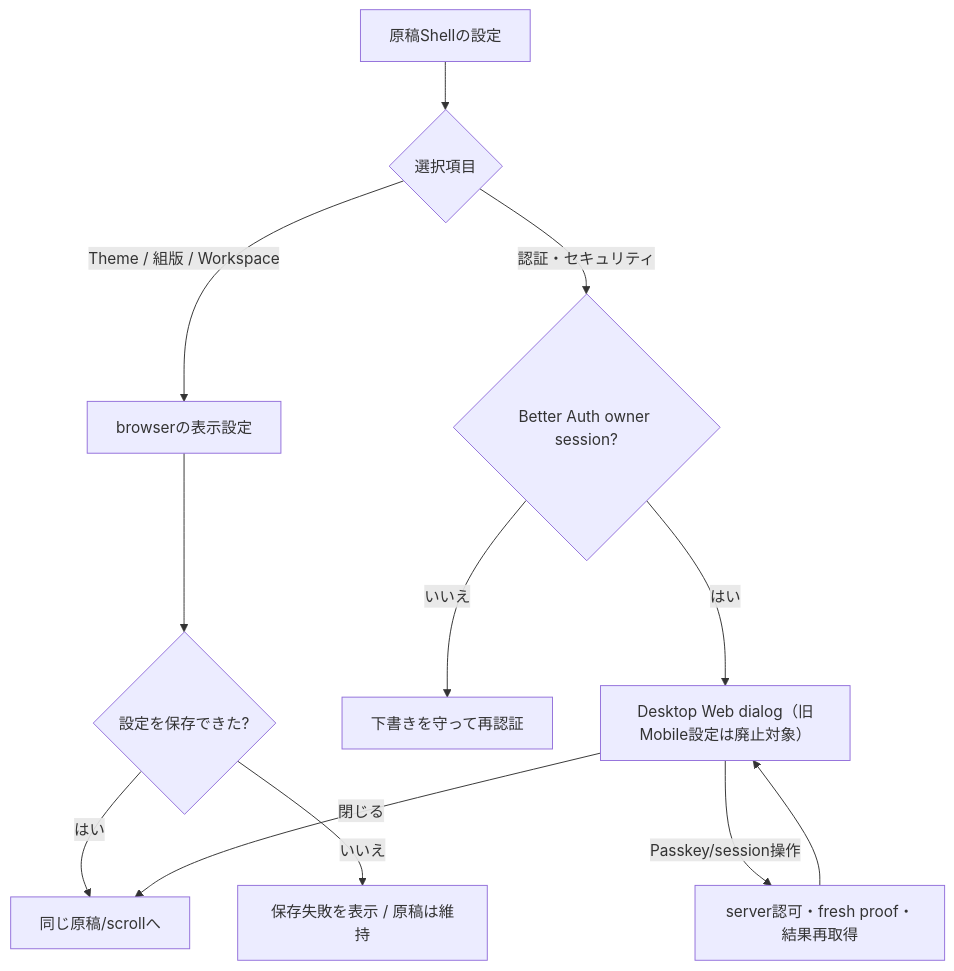
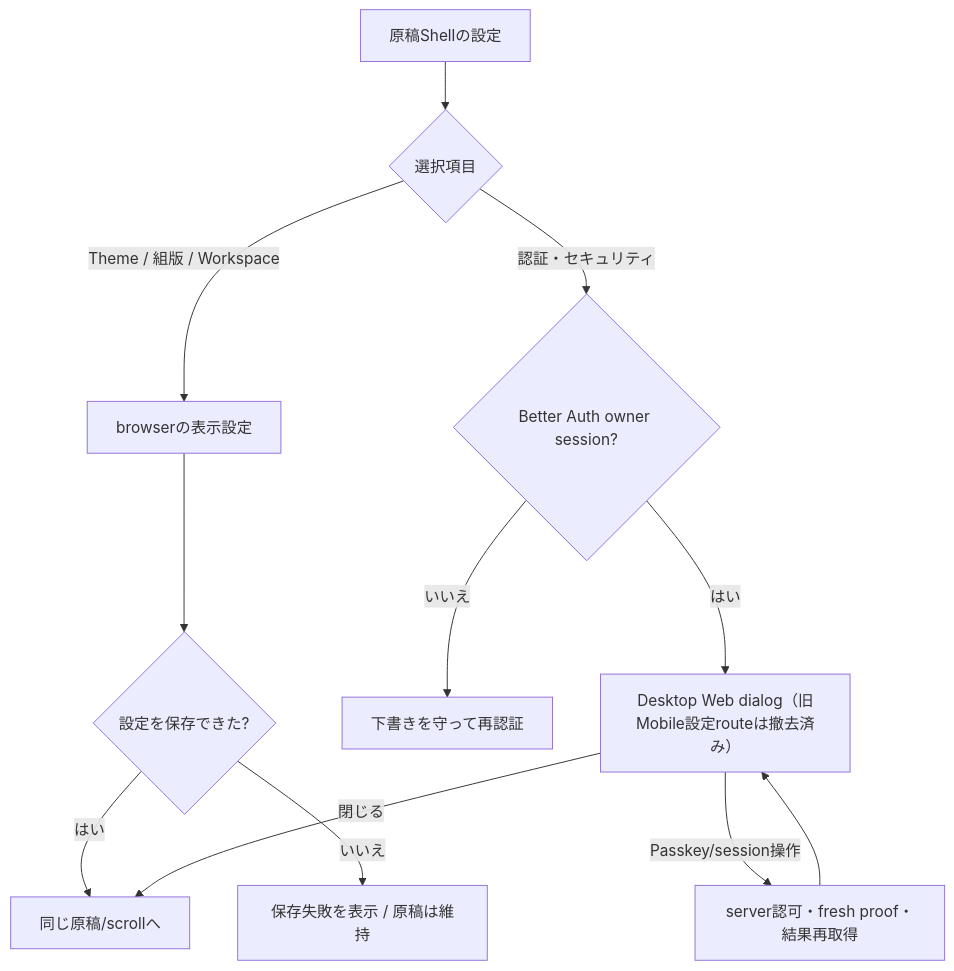
Before and after one commit to yohn-jp/codexia: diagram 16 of 27 in docs/design/SCREEN-STATE-ATLAS.md, drawn with Mermaid. The commit also changed other lines of this file and 25 other files, not shown here.

````diff
--- a/docs/design/SCREEN-STATE-ATLAS.md
+++ b/docs/design/SCREEN-STATE-ATLAS.md
@@ -276,14 +276,14 @@
 ```mermaid
 flowchart TD
     ENTRY["原稿Shellの設定"] --> TYPE{"選択項目"}
     TYPE -->|Theme / 組版 / Workspace| LOCAL["browserの表示設定"]
     LOCAL --> CHECK{"設定を保存できた?"}
     CHECK -->|はい| RETURN["同じ原稿/scrollへ"]
     CHECK -->|いいえ| NOTICE["保存失敗を表示 / 原稿は維持"]
     TYPE -->|認証・セキュリティ| OWNER{"Better Auth owner session?"}
     OWNER -->|いいえ| LOGIN["下書きを守って再認証"]
-    OWNER -->|はい| PANEL["Desktop Web dialog（旧Mobile設定は廃止対象）"]
+    OWNER -->|はい| PANEL["Desktop Web dialog（旧Mobile設定routeは撤去済み）"]
     PANEL -->|Passkey/session操作| VERIFY["server認可・fresh proof・結果再取得"]
     VERIFY --> PANEL
     PANEL -->|閉じる| RETURN
 ```
````
